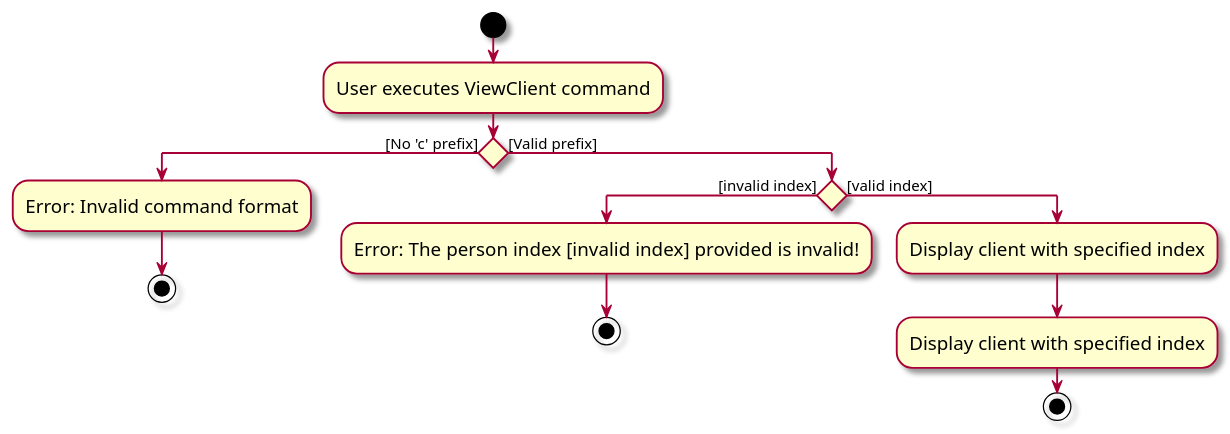
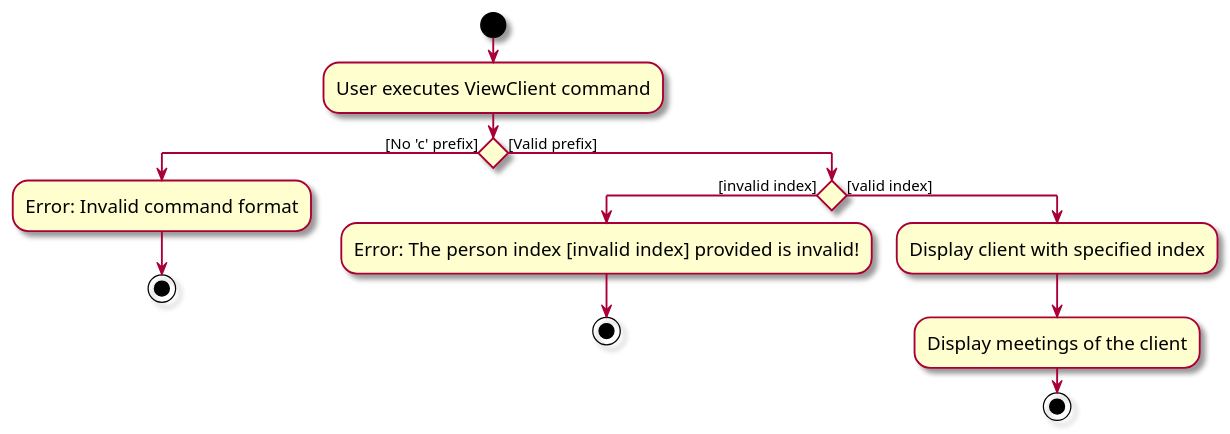
The diagram in docs/diagrams/ViewClientActivityDiagram.puml (sethteo/tp), drawn with PlantUML before and after one commit. The commit also changed 1 other file, not shown here.

Commit message:
Update activity diagram

```diff
--- a/docs/diagrams/ViewClientActivityDiagram.puml
+++ b/docs/diagrams/ViewClientActivityDiagram.puml
@@ -1,21 +1,21 @@
 @startuml
 skin rose
 skinparam ActivityFontSize 15
 skinparam ArrowFontSize 12
 start
 :User executes ViewClient command;
 
 if () then ([No 'c' prefix])
     -Error: Invalid command format
     stop
 else ([Valid prefix])
     if () then ([invalid index])
     -Error: The person index [invalid index] provided is invalid!
     stop
     else([valid index])
         :Display client with specified index;
-        :Display client with specified index;
+        :Display meetings of the client;
         stop
 
 endif
 @enduml
```
